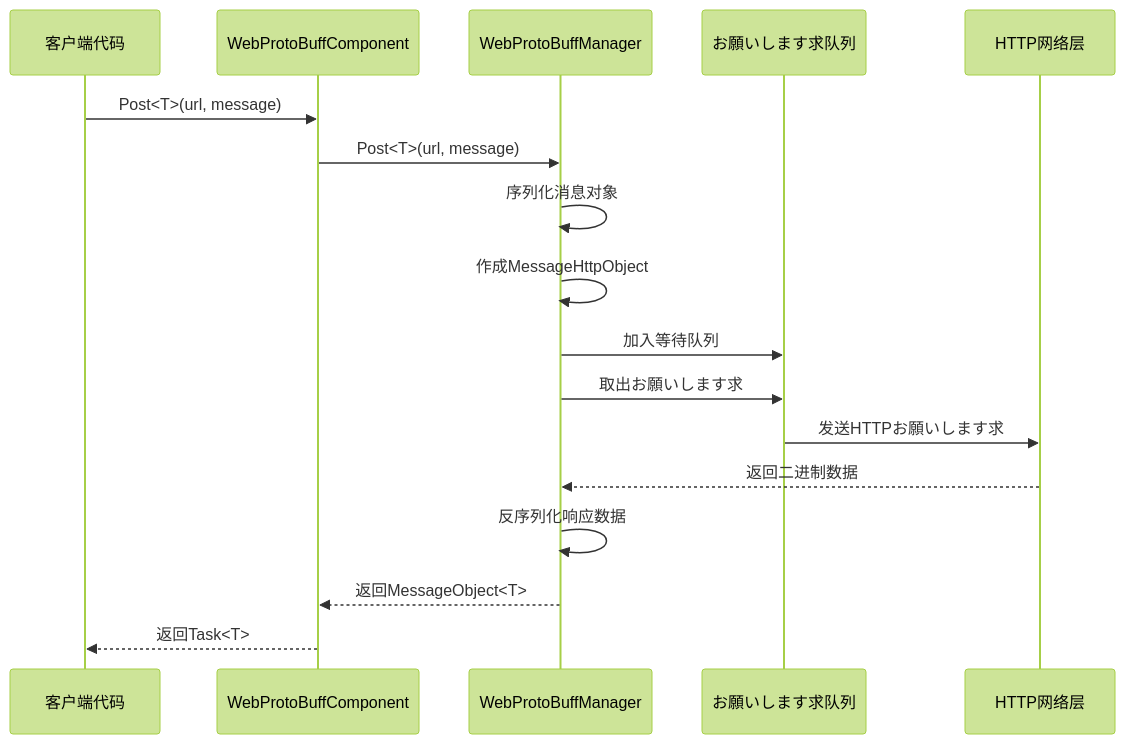
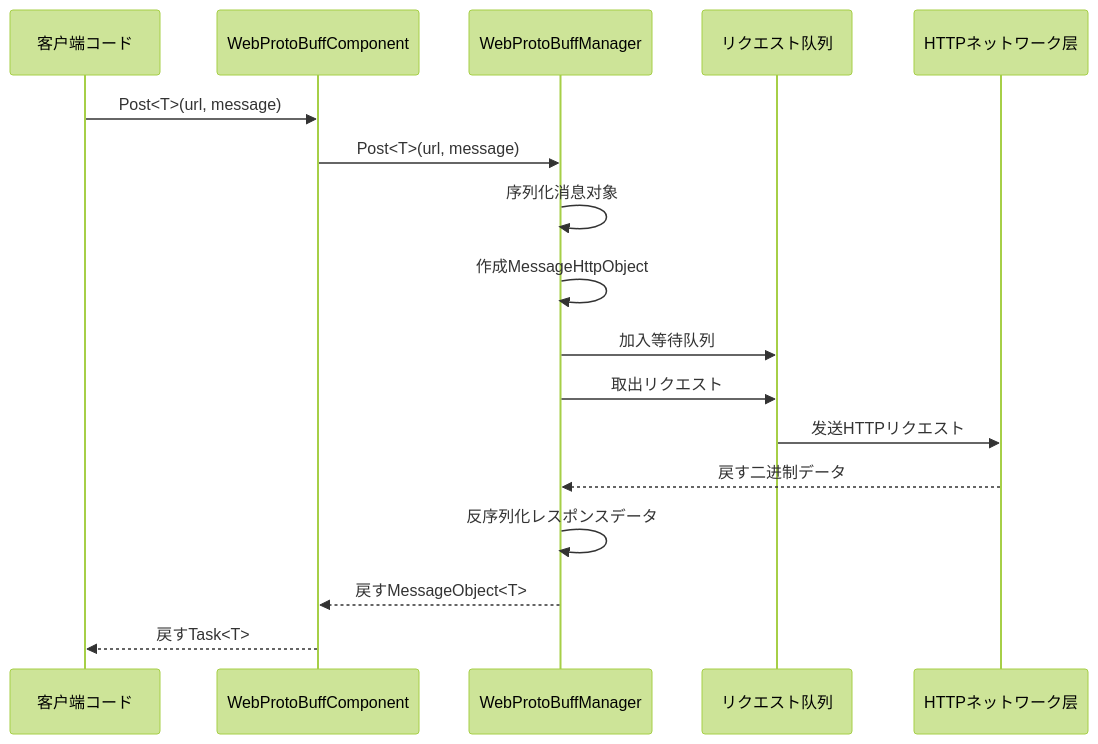
Before and after one commit to AlianBlank/GameFrameX.Docs: the second of 3 diagrams in docs/ja/client/unity/component/web-protobuff/09.webprotobuffcomponent.md, drawn with Mermaid (forest theme). The commit also changed other lines of this file and 320 other files, not shown here.

````diff
--- a/docs/ja/client/unity/component/web-protobuff/09.webprotobuffcomponent.md
+++ b/docs/ja/client/unity/component/web-protobuff/09.webprotobuffcomponent.md
@@ -66,20 +66,20 @@
 ```mermaid
 sequenceDiagram
-    participant Client as 客户端代码
+    participant Client as 客户端コード
     participant Component as WebProtoBuffComponent
     participant Manager as WebProtoBuffManager
-    participant Queue as お願いします求队列
-    participant Network as HTTP网络层
+    participant Queue as リクエスト队列
+    participant Network as HTTPネットワーク层
 
     Client->>Component: Post<T>(url, message)
     Component->>Manager: Post<T>(url, message)
     Manager->>Manager: 序列化消息对象
     Manager->>Manager: 作成MessageHttpObject
     Manager->>Queue: 加入等待队列
-    Manager->>Queue: 取出お願いします求
-    Queue->>Network: 发送HTTPお願いします求
-    Network-->>Manager: 返回二进制数据
-    Manager->>Manager: 反序列化响应数据
-    Manager-->>Component: 返回MessageObject<T>
-    Component-->>Client: 返回Task<T>
+    Manager->>Queue: 取出リクエスト
+    Queue->>Network: 发送HTTPリクエスト
+    Network-->>Manager: 戻す二进制データ
+    Manager->>Manager: 反序列化レスポンスデータ
+    Manager-->>Component: 戻すMessageObject<T>
+    Component-->>Client: 戻すTask<T>
 ```
````
